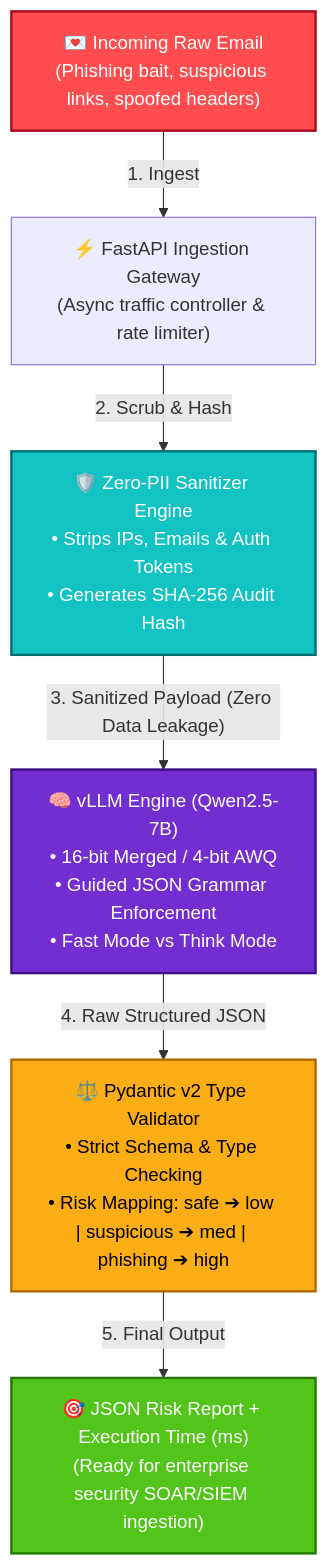
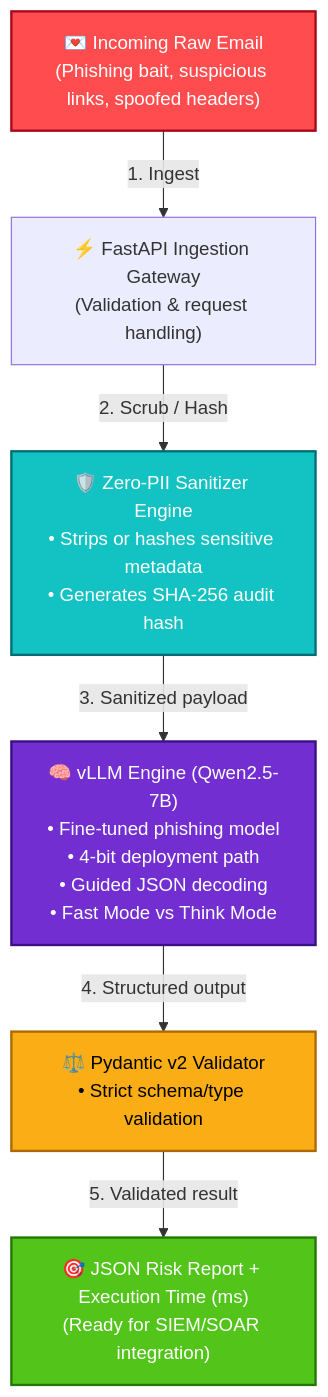
One commit to ilieg02/Zero-PII-Phishing-Engine-Architecture changed the diagram in README.md. Above: the diagram before and after it, drawn with Mermaid. The commit also changed other lines of this file, not shown here.

````diff
--- a/README.md
+++ b/README.md
@@ -82,27 +149,27 @@
 ```mermaid
 graph TD
     classDef danger fill:#ff4d4f,stroke:#a8071a,stroke-width:2px,color:#fff
     classDef shield fill:#13c2c2,stroke:#006d75,stroke-width:2px,color:#fff
     classDef brain fill:#722ed1,stroke:#391085,stroke-width:2px,color:#fff
     classDef judge fill:#faad14,stroke:#ad6800,stroke-width:2px,color:#000
     classDef success fill:#52c41a,stroke:#237804,stroke-width:2px,color:#fff
 
     RAW["💌 Incoming Raw Email<br/>(Phishing bait, suspicious links, spoofed headers)"]
-    API["⚡ FastAPI Ingestion Gateway<br/>(Async traffic controller & rate limiter)"]
-    PII["🛡️ Zero-PII Sanitizer Engine<br/>• Strips IPs, Emails & Auth Tokens<br/>• Generates SHA-256 Audit Hash"]
-    LLM["🧠 vLLM Engine (Qwen2.5-7B)<br/>• 16-bit Merged / 4-bit AWQ<br/>• Guided JSON Grammar Enforcement<br/>• Fast Mode vs Think Mode"]
-    PYD["⚖️ Pydantic v2 Type Validator<br/>• Strict Schema & Type Checking<br/>• Risk Mapping: safe ➔ low | suspicious ➔ med | phishing ➔ high"]
-    OUT["🎯 JSON Risk Report + Execution Time (ms)<br/>(Ready for enterprise security SOAR/SIEM ingestion)"]
+    API["⚡ FastAPI Ingestion Gateway<br/>(Validation & request handling)"]
+    PII["🛡️ Zero-PII Sanitizer Engine<br/>• Strips or hashes sensitive metadata<br/>• Generates SHA-256 audit hash"]
+    LLM["🧠 vLLM Engine (Qwen2.5-7B)<br/>• Fine-tuned phishing model<br/>• 4-bit deployment path<br/>• Guided JSON decoding<br/>• Fast Mode vs Think Mode"]
+    PYD["⚖️ Pydantic v2 Validator<br/>• Strict schema/type validation"]
+    OUT["🎯 JSON Risk Report + Execution Time (ms)<br/>(Ready for SIEM/SOAR integration)"]
 
     RAW -->|"1. Ingest"| API
-    API -->|"2. Scrub & Hash"| PII
-    PII -->|"3. Sanitized Payload (Zero Data Leakage)"| LLM
-    LLM -->|"4. Raw Structured JSON"| PYD
-    PYD -->|"5. Final Output"| OUT
+    API -->|"2. Scrub / Hash"| PII
+    PII -->|"3. Sanitized payload"| LLM
+    LLM -->|"4. Structured output"| PYD
+    PYD -->|"5. Validated result"| OUT
 
     class RAW danger
     class PII shield
     class LLM brain
     class PYD judge
     class OUT success
 ```
````
